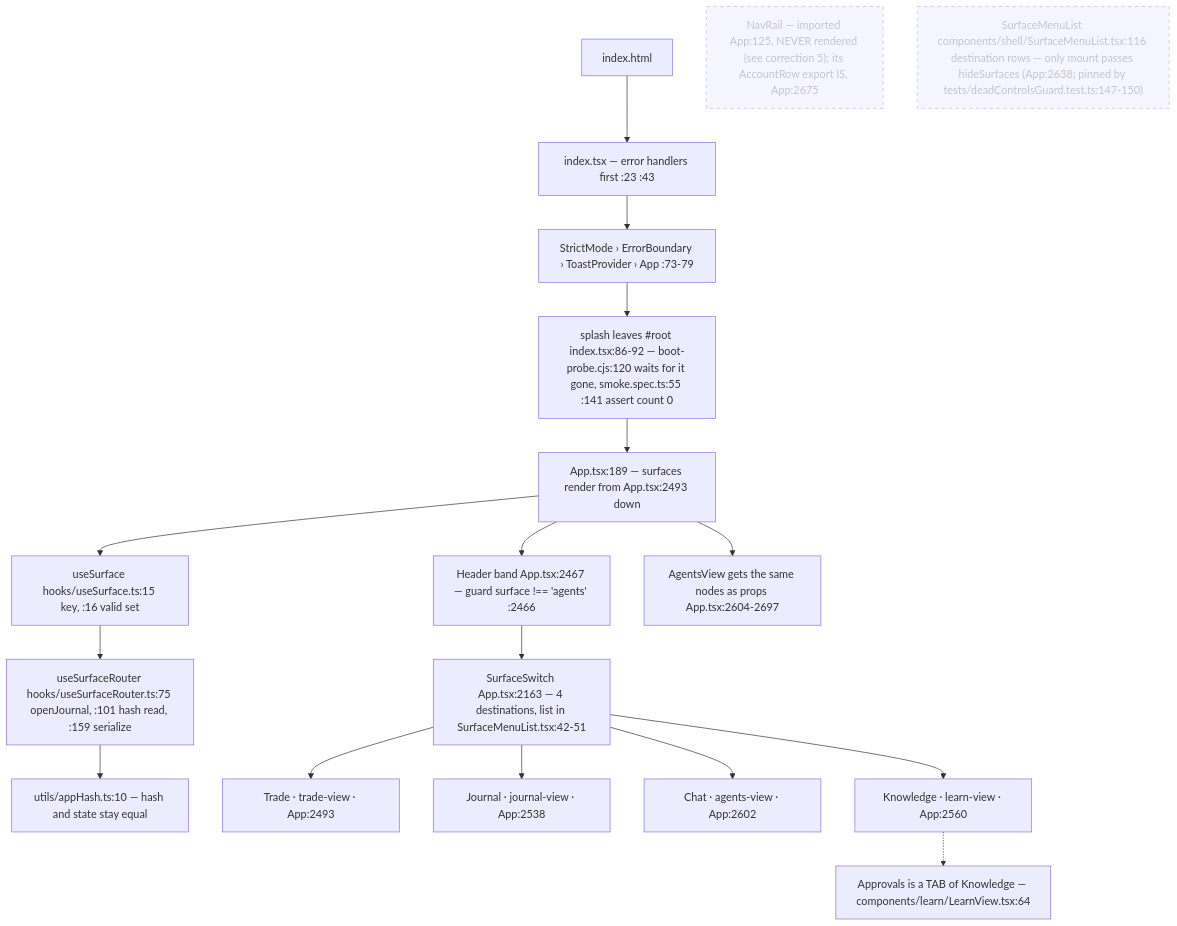
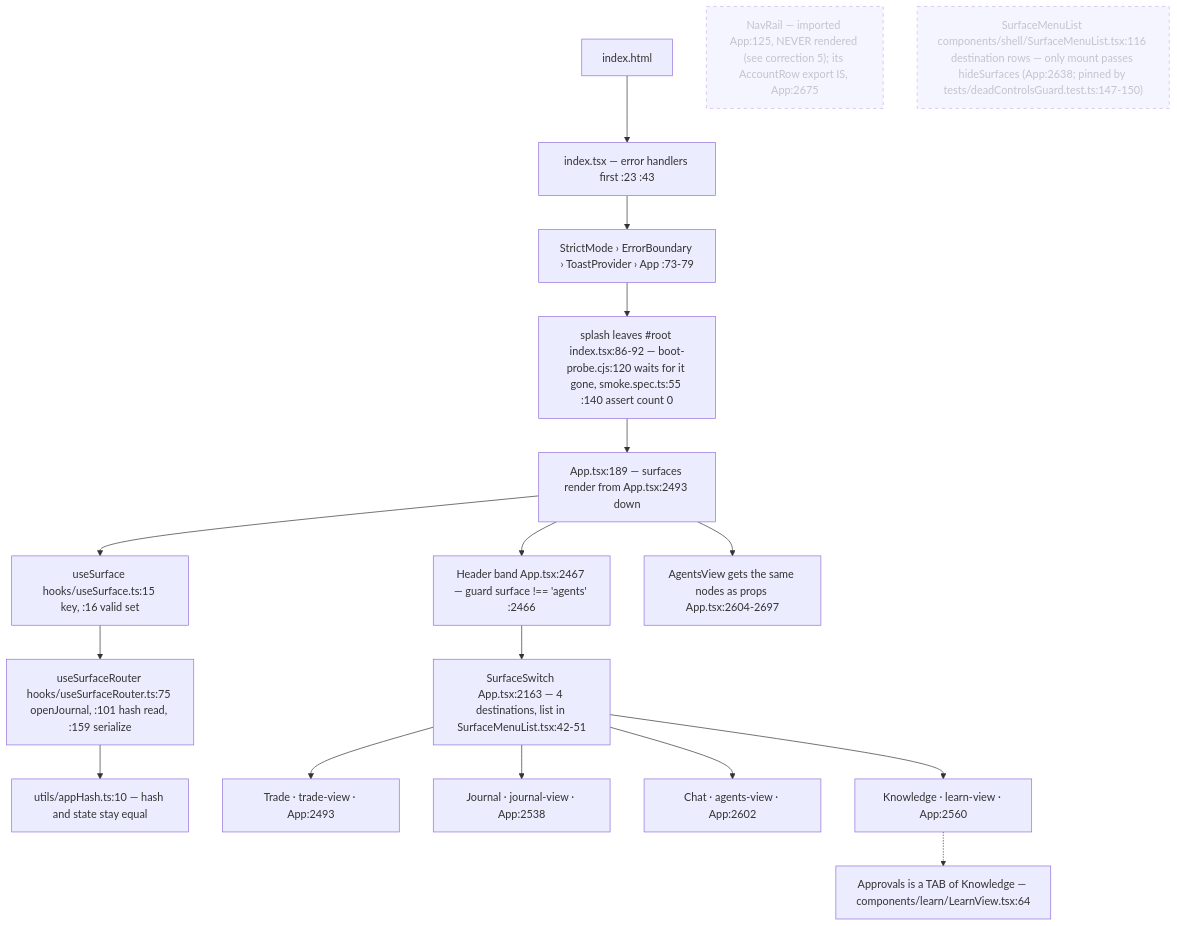
The first of 7 diagrams in docs/app-flow.md (Acepay25/august-3.5), drawn with Mermaid before and after one commit. The commit also changed other lines of this file and 32 other files, not shown here.

````diff
--- a/docs/app-flow.md
+++ b/docs/app-flow.md
@@ -21,21 +21,21 @@
 ```mermaid
 flowchart TD
     H["index.html"] --> I["index.tsx — error handlers first :23 :43"]
     I --> S["StrictMode › ErrorBoundary › ToastProvider › App :73-79"]
-    S --> SP["splash leaves #root index.tsx:86-92 — boot-probe.cjs:120 waits for it gone, smoke.spec.ts:55 :141 assert count 0"]
+    S --> SP["splash leaves #root index.tsx:86-92 — boot-probe.cjs:120 waits for it gone, smoke.spec.ts:55 :140 assert count 0"]
     SP --> APP["App.tsx:189 — surfaces render from App.tsx:2493 down"]
     APP --> US["useSurface hooks/useSurface.ts:15 key, :16 valid set"]
     US --> UR["useSurfaceRouter hooks/useSurfaceRouter.ts:75 openJournal, :101 hash read, :159 serialize"]
     UR --> HASH["utils/appHash.ts:10 — hash and state stay equal"]
     APP --> HD["Header band App.tsx:2467 — guard surface !== 'agents' :2466"]
     HD --> SW["SurfaceSwitch App.tsx:2163 — 4 destinations, list in SurfaceMenuList.tsx:42-51"]
     APP --> AV["AgentsView gets the same nodes as props App.tsx:2604-2697"]
     SW --> T["Trade · trade-view · App:2493"]
     SW --> J["Journal · journal-view · App:2538"]
     SW --> C["Chat · agents-view · App:2602"]
     SW --> K["Knowledge · learn-view · App:2560"]
     K -.-> AP["Approvals is a TAB of Knowledge — components/learn/LearnView.tsx:64"]
     NR["NavRail — imported App:125, NEVER rendered (see correction 5); its AccountRow export IS, App:2675"]:::dead
     SM["SurfaceMenuList components/shell/SurfaceMenuList.tsx:116 destination rows — only mount passes hideSurfaces (App:2638; pinned by tests/deadControlsGuard.test.ts:147-150)"]:::dead
     classDef dead stroke-dasharray: 5 5,opacity:.5
 ```
````
